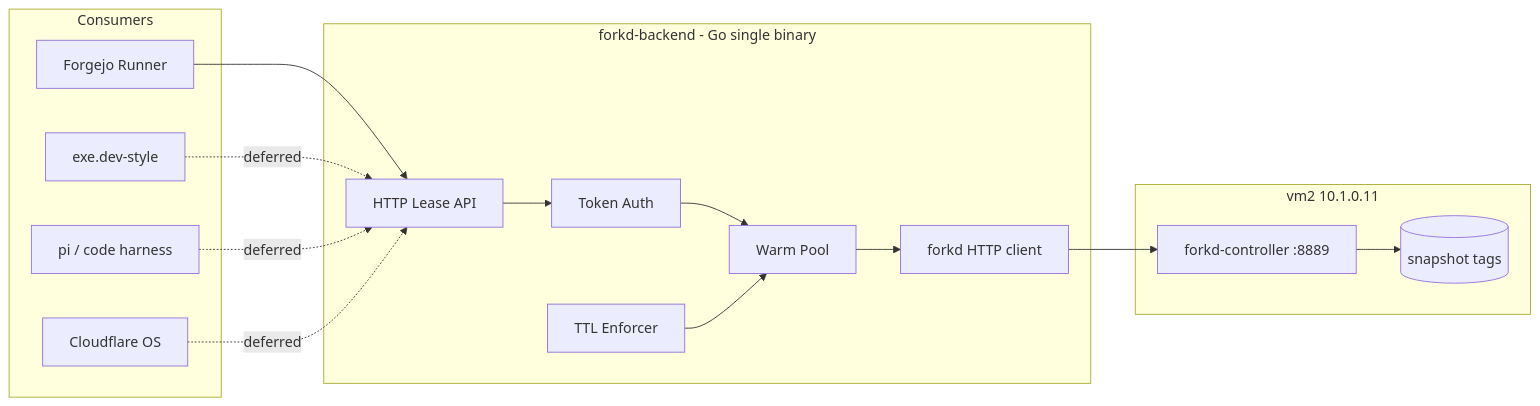
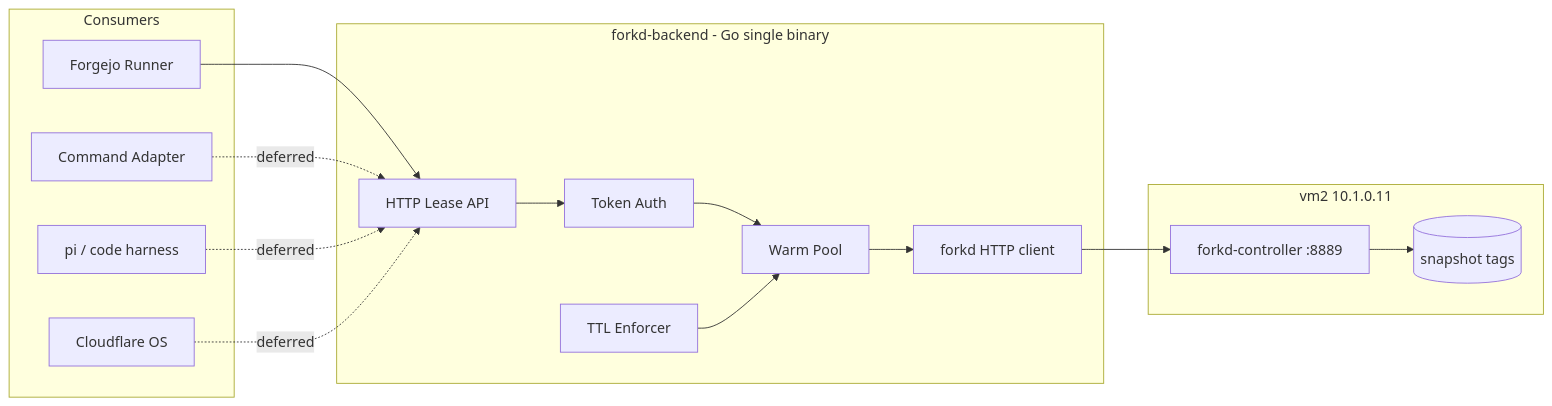
Before and after one commit to jrimmer/spoond: the first of 2 diagrams in docs/plans/2026-08-08-001-feat-forkd-ephemeral-backend-plan.md, drawn with Mermaid. The commit also changed other lines of this file and 2 other files, not shown here.

First line of the commit message:
docs: rename exe.dev-style consumer to 'command adapter' + design contract

````diff
--- a/docs/plans/2026-08-08-001-feat-forkd-ephemeral-backend-plan.md
+++ b/docs/plans/2026-08-08-001-feat-forkd-ephemeral-backend-plan.md
@@ -88,28 +88,28 @@
 ```mermaid
 flowchart LR
     subgraph Consumers
         FJ[Forgejo Runner]
-        EX[exe.dev-style]
+        EX[Command Adapter]
         PI[pi / code harness]
         CO[Cloudflare OS]
     end
     subgraph Backend [forkd-backend - Go single binary]
         API[HTTP Lease API]
         POOL[Warm Pool]
         TTL[TTL Enforcer]
         AUTH[Token Auth]
         FC[forkd HTTP client]
     end
     subgraph Host [vm2 10.1.0.11]
         CTRL[forkd-controller :8889]
         SNAP[(snapshot tags)]
     end
     FJ --> API
     EX -.deferred.-> API
     PI -.deferred.-> API
     CO -.deferred.-> API
     API --> AUTH --> POOL --> FC
     FC --> CTRL
     CTRL --> SNAP
     TTL --> POOL
 ```
````
